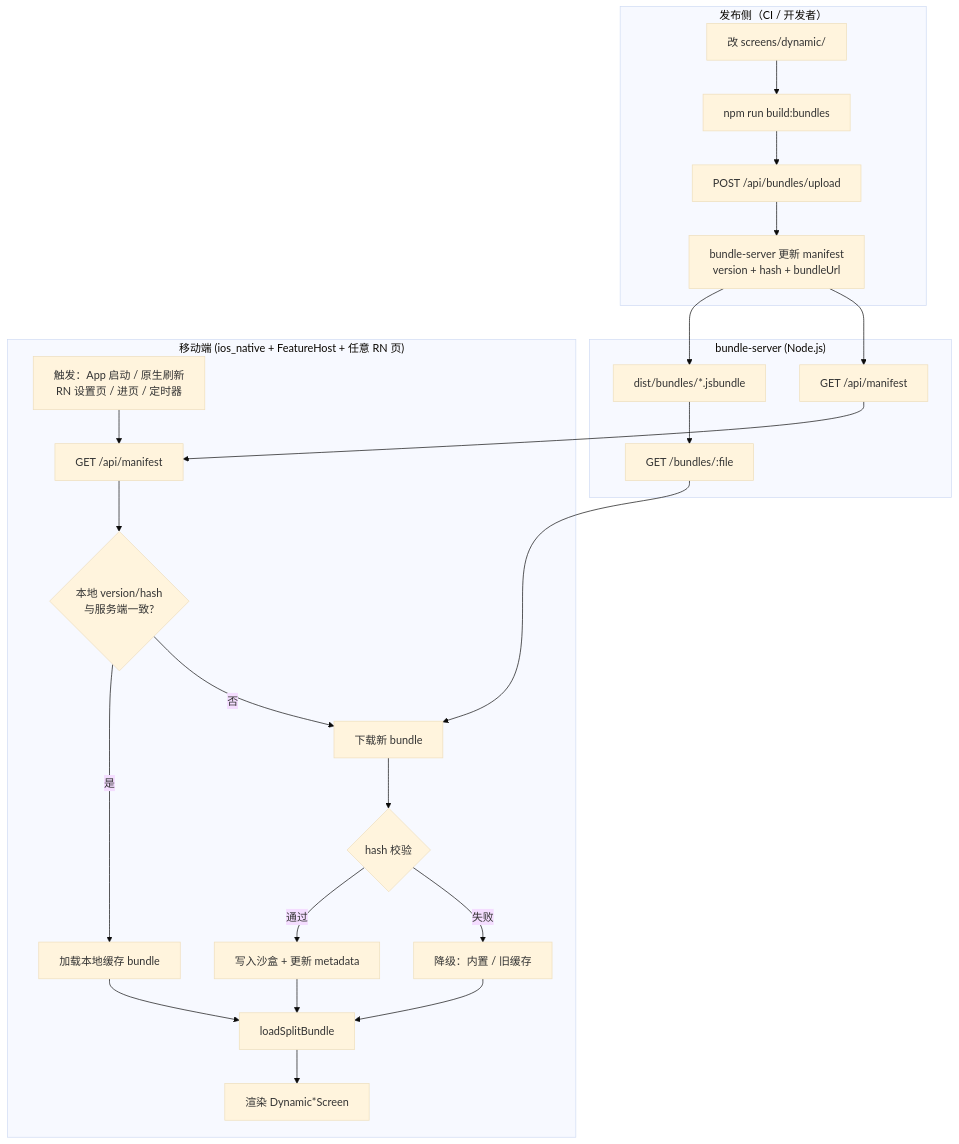
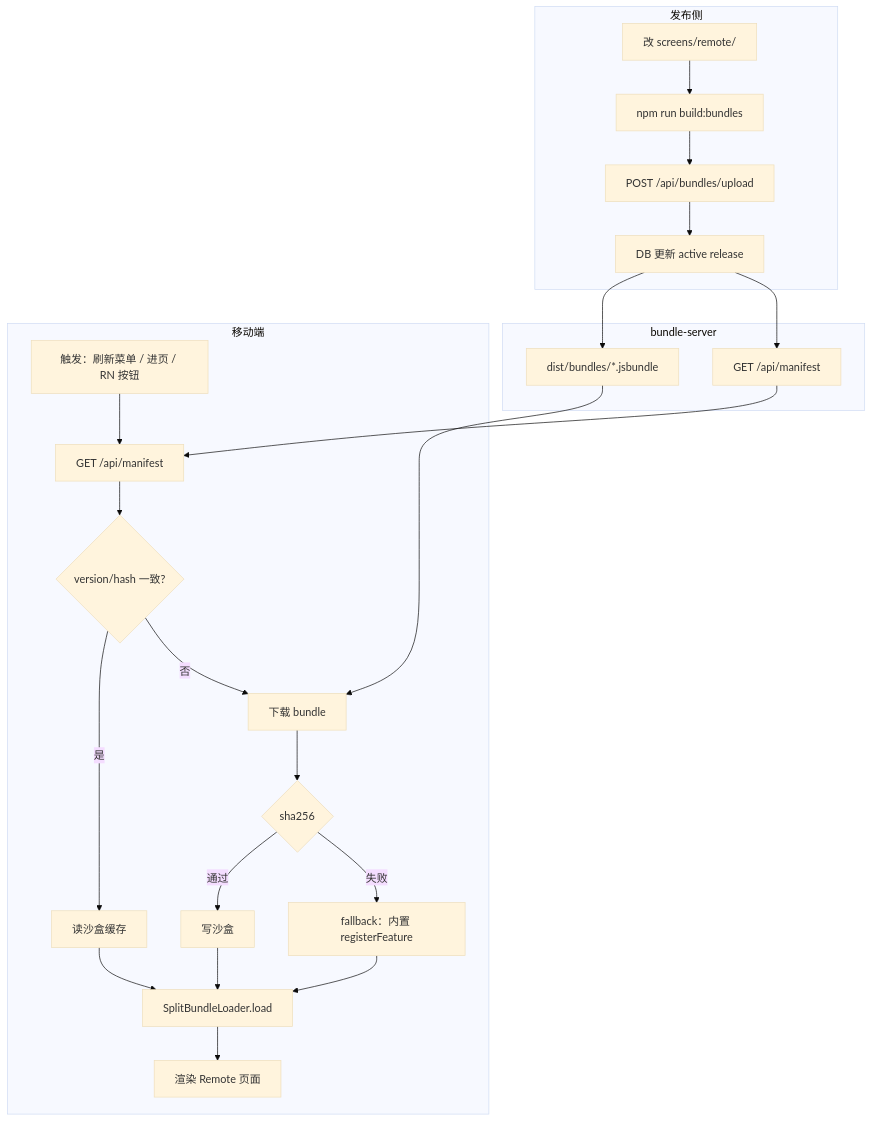
One commit to hpgo6688/brownfield changed the diagram in docs/dynamic-multi-bundle.md. Above: the diagram before and after it, drawn with Mermaid (base theme). The commit also changed other lines of this file and 46 other files, not shown here.

First line of the commit message:
Refactor bundle-server for Remote RN entries and enhance documentation

````diff
--- a/docs/dynamic-multi-bundle.md
+++ b/docs/dynamic-multi-bundle.md
@@ -235,31 +253,30 @@
 ```mermaid
 flowchart TB
-    subgraph Publish["发布侧（CI / 开发者）"]
-        A["改 screens/dynamic/"] --> B["npm run build:bundles"]
+    subgraph Publish["发布侧"]
+        A["改 screens/remote/"] --> B["npm run build:bundles"]
         B --> C["POST /api/bundles/upload"]
-        C --> D["bundle-server 更新 manifest\nversion + hash + bundleUrl"]
+        C --> D["DB 更新 active release"]
     end
 
-    subgraph Server["bundle-server (Node.js)"]
+    subgraph Server["bundle-server"]
         D --> E["dist/bundles/*.jsbundle"]
         D --> F["GET /api/manifest"]
-        E --> G["GET /bundles/:file"]
     end
 
-    subgraph Mobile["移动端 (ios_native + FeatureHost + 任意 RN 页)"]
-        H["触发：App 启动 / 原生刷新\nRN 设置页 / 进页 / 定时器"] --> I["GET /api/manifest"]
-        I --> J{"本地 version/hash\n与服务端一致?"}
-        J -->|是| K["加载本地缓存 bundle"]
-        J -->|否| L["下载新 bundle"]
-        L --> M{"hash 校验"}
-        M -->|通过| N["写入沙盒 + 更新 metadata"]
-        M -->|失败| O["降级：内置 / 旧缓存"]
-        N --> P["loadSplitBundle"]
+    subgraph Mobile["移动端"]
+        H["触发：刷新菜单 / 进页 / RN 按钮"] --> I["GET /api/manifest"]
+        I --> J{"version/hash 一致?"}
+        J -->|是| K["读沙盒缓存"]
+        J -->|否| L["下载 bundle"]
+        L --> M{"sha256"}
+        M -->|通过| N["写沙盒"]
+        M -->|失败| O["fallback：内置 registerFeature"]
+        N --> P["SplitBundleLoader.load"]
         K --> P
         O --> P
-        P --> Q["渲染 Dynamic*Screen"]
+        P --> Q["渲染 Remote 页面"]
     end
 
     F --> I
-    G --> L
+    E --> L
 ```
````
